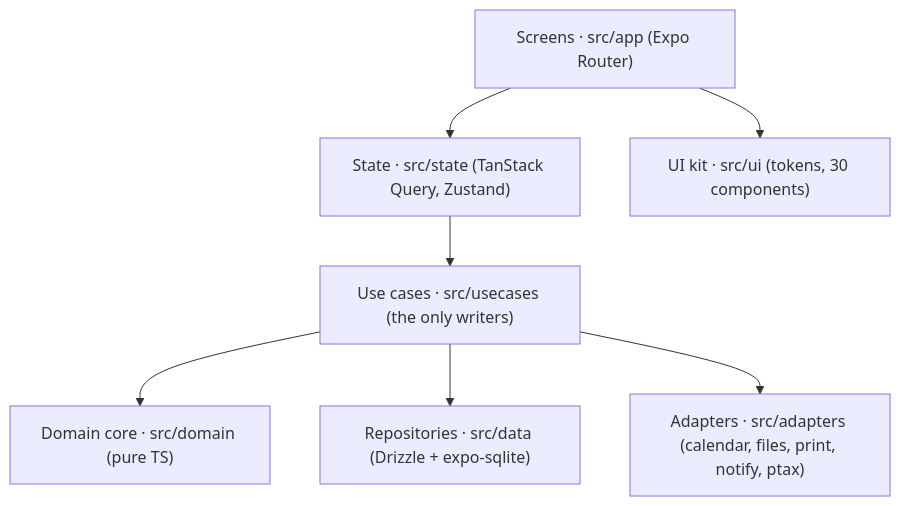
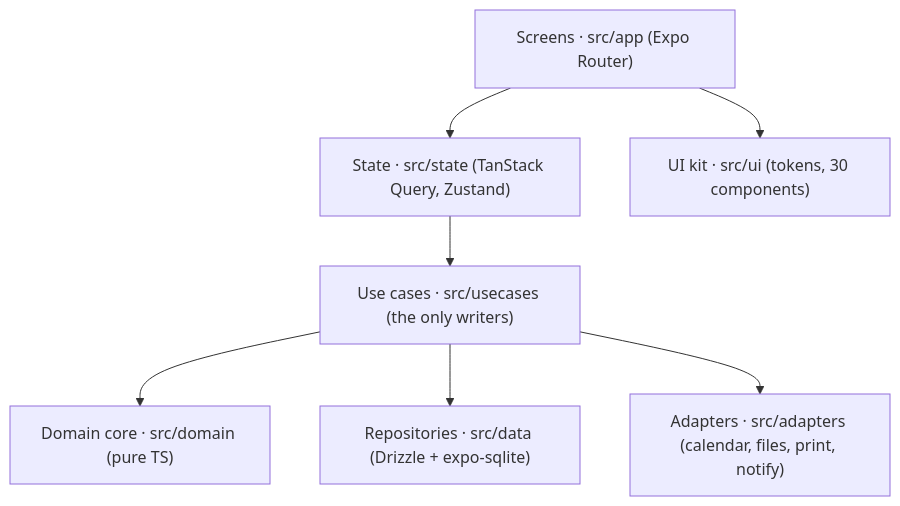
The diagram in docs/architecture.md (vmleroy/tutora-classbook), drawn with Mermaid before and after one commit. The commit also changed other lines of this file and 10 other files, not shown here.

Commit message:
003: plan and tasks; drop USD and FX from product, architecture and design-system docs

````diff
--- a/docs/architecture.md
+++ b/docs/architecture.md
@@ -48,9 +48,9 @@
 ```mermaid
 flowchart TD
     S["Screens · src/app (Expo Router)"] --> ST["State · src/state (TanStack Query, Zustand)"]
     ST --> U["Use cases · src/usecases (the only writers)"]
     U --> D["Domain core · src/domain (pure TS)"]
     U --> R["Repositories · src/data (Drizzle + expo-sqlite)"]
-    U --> A["Adapters · src/adapters (calendar, files, print, notify, ptax)"]
+    U --> A["Adapters · src/adapters (calendar, files, print, notify)"]
     S --> UI["UI kit · src/ui (tokens, 30 components)"]
 ```
````
